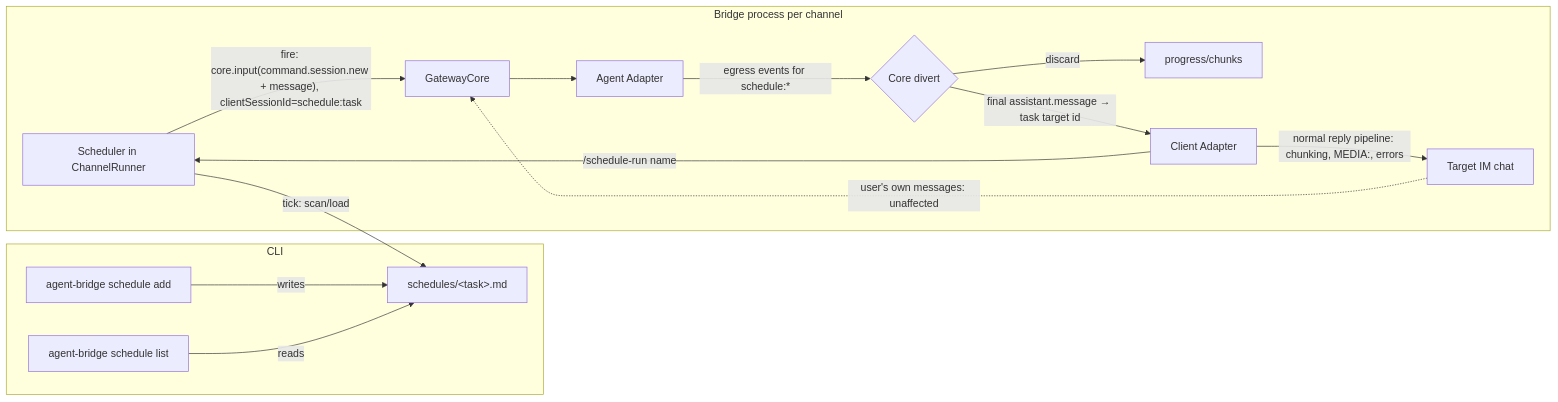
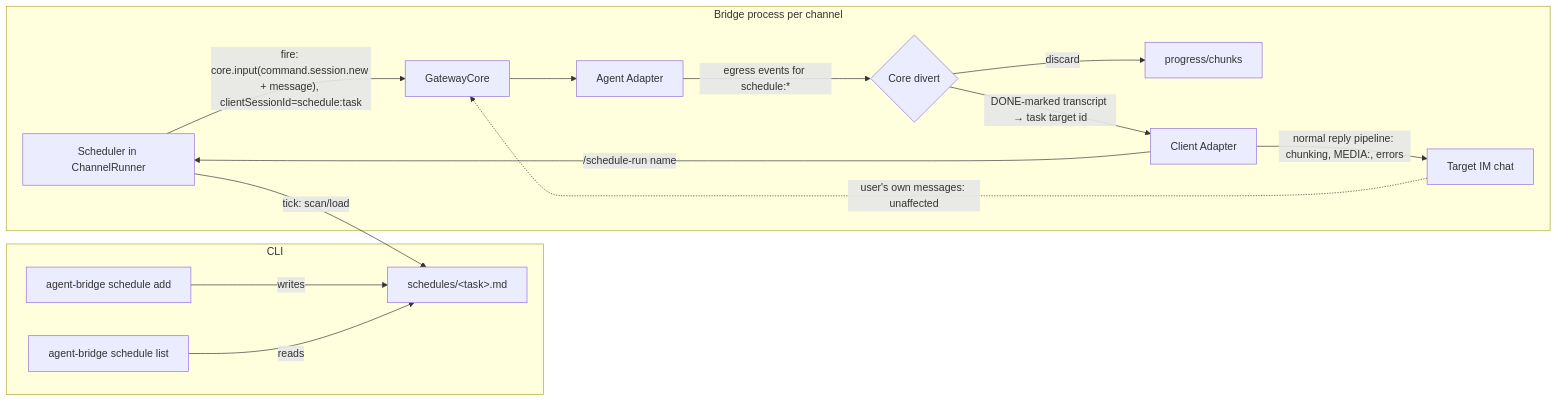
One commit to HoPGoldy/agent-bridge changed the diagram in docs/scheduled-tasks-spec.md. Above: the diagram before and after it, drawn with Mermaid. The commit also changed other lines of this file and 29 other files, not shown here.

````diff
--- a/docs/scheduled-tasks-spec.md
+++ b/docs/scheduled-tasks-spec.md
@@ -166,18 +170,18 @@
 ```mermaid
 graph LR
   subgraph CLI
     ADD[agent-bridge schedule add] -->|writes| F[schedules/&lt;task&gt;.md]
     LS[agent-bridge schedule list] -->|reads| F
   end
   subgraph Bridge process per channel
     SCH[Scheduler in ChannelRunner] -->|tick: scan/load| F
     SCH -->|"fire: core.input(command.session.new + message), clientSessionId=schedule:task"| CORE[GatewayCore]
     CORE --> AG[Agent Adapter]
     AG -->|egress events for schedule:*| DIV{Core divert}
     DIV -->|discard| X[progress/chunks]
-    DIV -->|"final assistant.message → task target id"| CA[Client Adapter]
+    DIV -->|"DONE-marked transcript → task target id"| CA[Client Adapter]
     CA -->|normal reply pipeline: chunking, MEDIA:, errors| CHAT[Target IM chat]
     CA -->|/schedule-run name| SCH
   end
   CHAT -.->|"user's own messages: unaffected"| CORE
 ```
````
